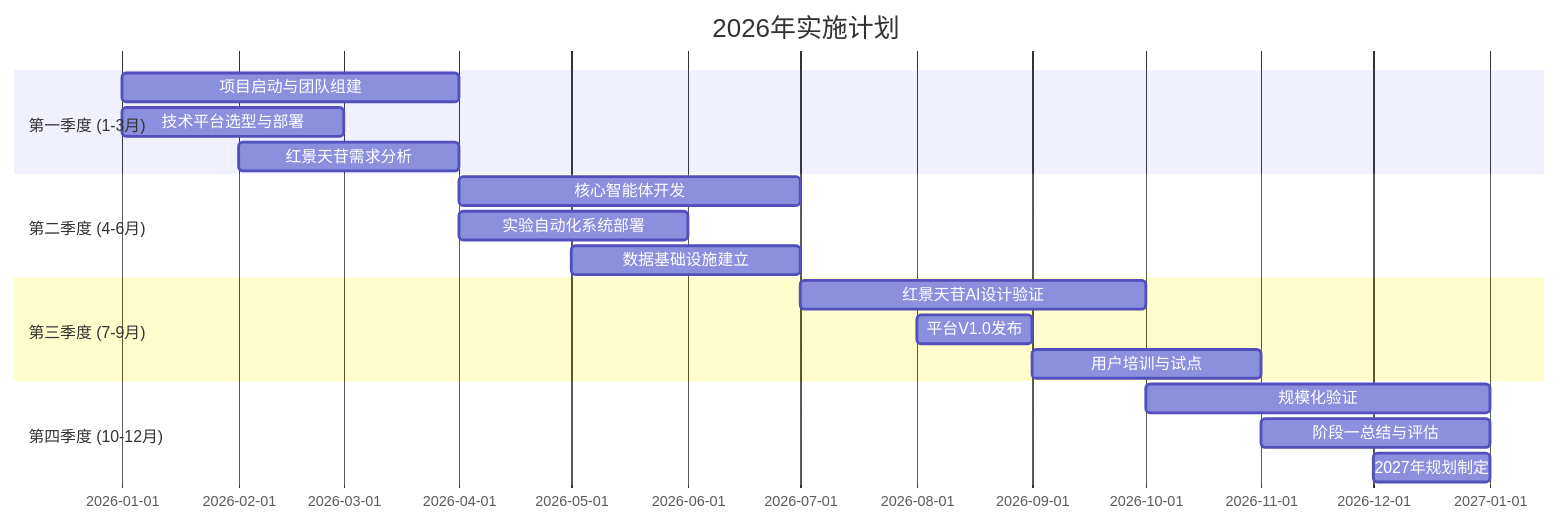
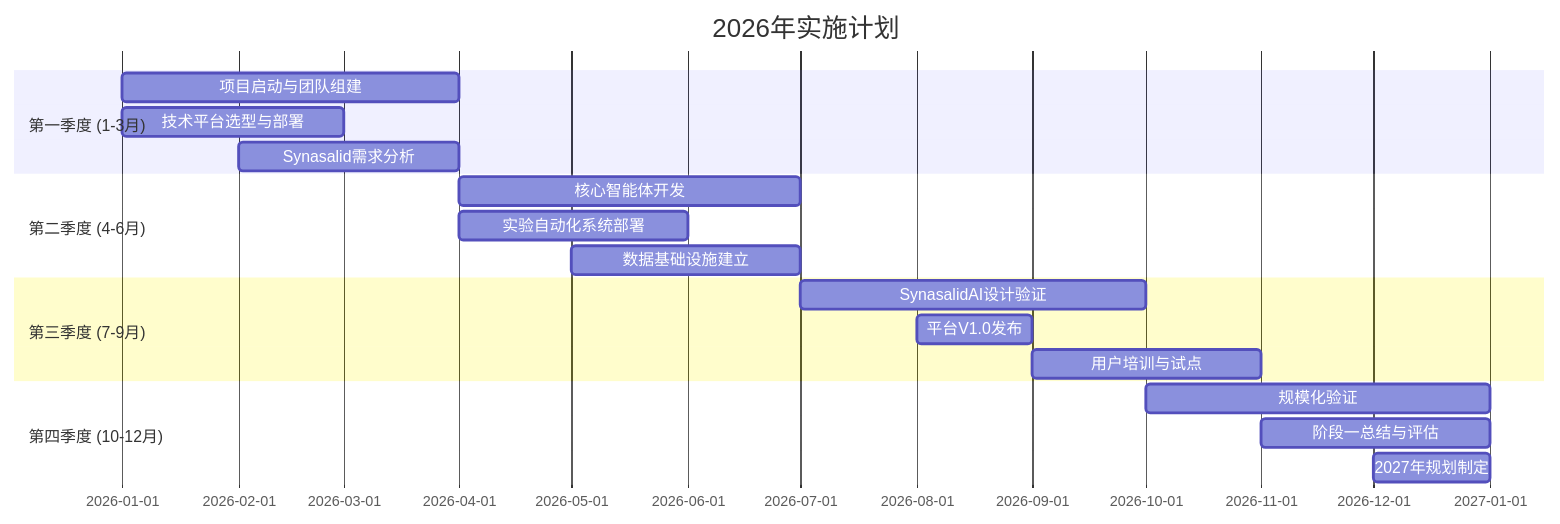
Before and after one commit to chinjaneking/Bio-Forge: the diagram in docs/project-plans/V2.0_AI创造新生命项目规划_第二部分.md, drawn with Mermaid. The commit also changed other lines of this file and 6 other files, not shown here.

````diff
--- a/docs/project-plans/V2.0_AI创造新生命项目规划_第二部分.md
+++ b/docs/project-plans/V2.0_AI创造新生命项目规划_第二部分.md
@@ -678,24 +678,24 @@
 ```mermaid
 gantt
     title 2026年实施计划
     dateFormat  YYYY-MM
     section 第一季度 (1-3月)
     项目启动与团队组建     :2026-01, 3M
     技术平台选型与部署     :2026-01, 2M
-    红景天苷需求分析       :2026-02, 2M
+    Synasalid需求分析       :2026-02, 2M
     
     section 第二季度 (4-6月)
     核心智能体开发         :2026-04, 3M
     实验自动化系统部署     :2026-04, 2M
     数据基础设施建立       :2026-05, 2M
     
     section 第三季度 (7-9月)
-    红景天苷AI设计验证     :2026-07, 3M
+    SynasalidAI设计验证     :2026-07, 3M
     平台V1.0发布          :2026-08, 1M
     用户培训与试点         :2026-09, 2M
     
     section 第四季度 (10-12月)
     规模化验证            :2026-10, 3M
     阶段一总结与评估      :2026-11, 2M
     2027年规划制定        :2026-12, 1M
 ```
````
